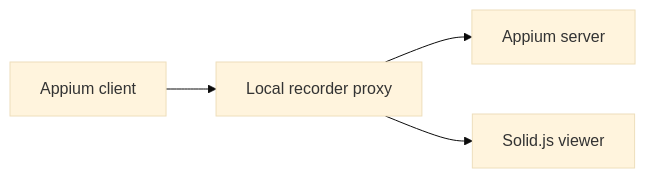
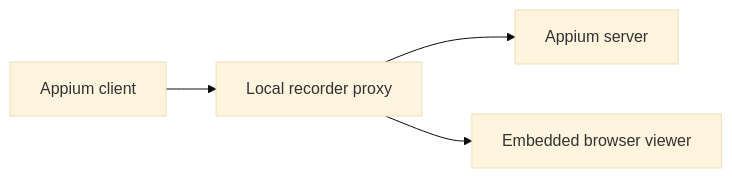
Before and after one commit to JustasMonkev/appium-session-recorder: the diagram in README.md, drawn with Mermaid (base theme). The commit also changed other lines of this file and 96 other files, not shown here.

````diff
--- a/README.md
+++ b/README.md
@@ -189,6 +210,6 @@
 ```mermaid
 flowchart LR
     Client["Appium client"] --> Recorder["Local recorder proxy"]
     Recorder --> Appium["Appium server"]
-    Recorder --> Viewer["Solid.js viewer"]
+    Recorder --> Viewer["Embedded browser viewer"]
 ```
````
